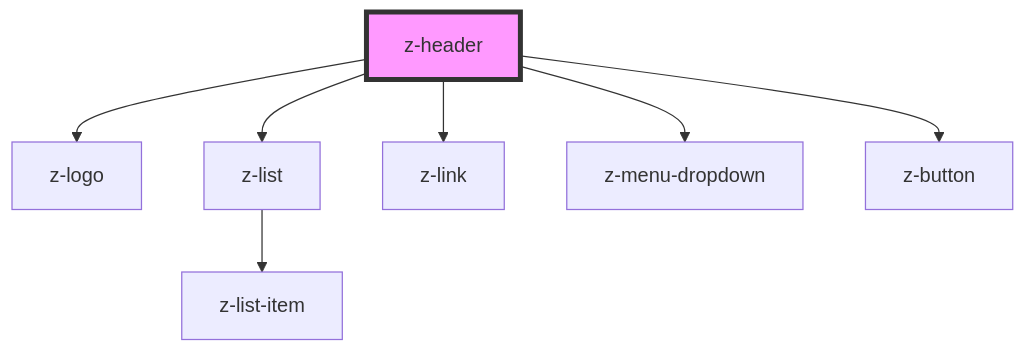
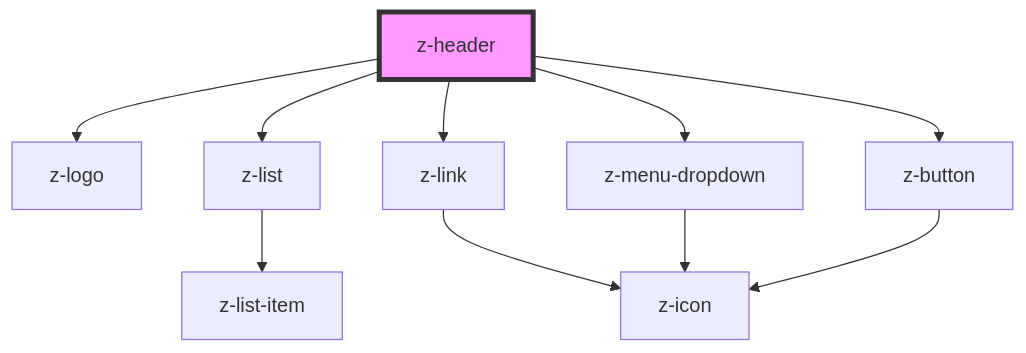
One commit to ZanichelliEditore/design-system changed the diagram in web-components-library/src/components/z-header/readme.md. Above: the diagram before and after it, drawn with Mermaid. The commit also changed 21 other files, not shown here.

````diff
--- a/web-components-library/src/components/z-header/readme.md
+++ b/web-components-library/src/components/z-header/readme.md
@@ -29,10 +29,13 @@
 ```mermaid
 graph TD;
   z-header --> z-logo
   z-header --> z-list
   z-header --> z-link
   z-header --> z-menu-dropdown
   z-header --> z-button
   z-list --> z-list-item
+  z-link --> z-icon
+  z-menu-dropdown --> z-icon
+  z-button --> z-icon
   style z-header fill:#f9f,stroke:#333,stroke-width:4px
 ```
````
